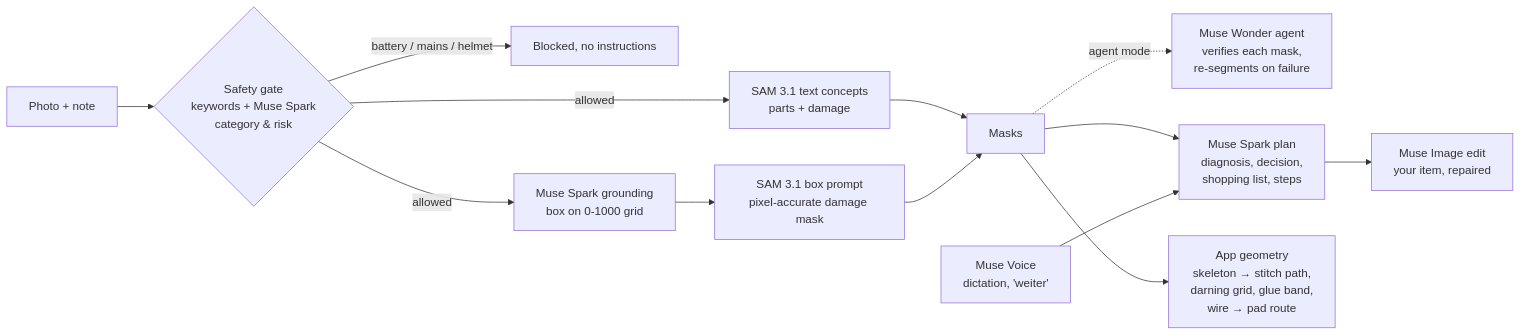
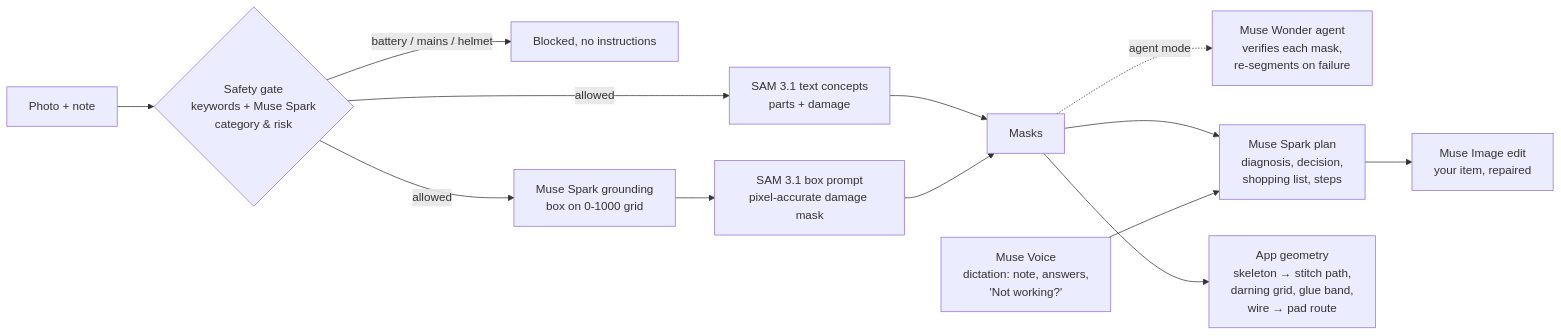
Before and after one commit to felixjaehn/mendlet: the diagram in README.md, drawn with Mermaid. The commit also changed other lines of this file and 1 other file, not shown here.

Commit message:
docs: Demo-Video-Cut-Skript (Pullover-Story, Infografik, Einkauf von oben, echte Reparatur, Ausblick Schuhe/Helm); README: Voice ohne veraltete 'weiter'-Steuerung

````diff
--- a/README.md
+++ b/README.md
@@ -29,15 +29,15 @@
 ```mermaid
 flowchart LR
   P[Photo + note] --> G{Safety gate<br/>keywords + Muse Spark<br/>category & risk}
   G -- battery / mains / helmet --> B[Blocked, no instructions]
   G -- allowed --> S1[SAM 3.1 text concepts<br/>parts + damage]
   G -- allowed --> L[Muse Spark grounding<br/>box on 0-1000 grid]
   L --> S2[SAM 3.1 box prompt<br/>pixel-accurate damage mask]
   S1 --> M[Masks]
   S2 --> M
   M -. agent mode .-> W[Muse Wonder agent<br/>verifies each mask,<br/>re-segments on failure]
   M --> D[Muse Spark plan<br/>diagnosis, decision,<br/>shopping list, steps]
   M --> GEO[App geometry<br/>skeleton → stitch path,<br/>darning grid, glue band,<br/>wire → pad route]
   D --> I[Muse Image edit<br/>your item, repaired]
-  V[Muse Voice<br/>dictation, 'weiter'] --> D
+  V[Muse Voice<br/>dictation: note, answers,<br/>'Not working?'] --> D
 ```
````
